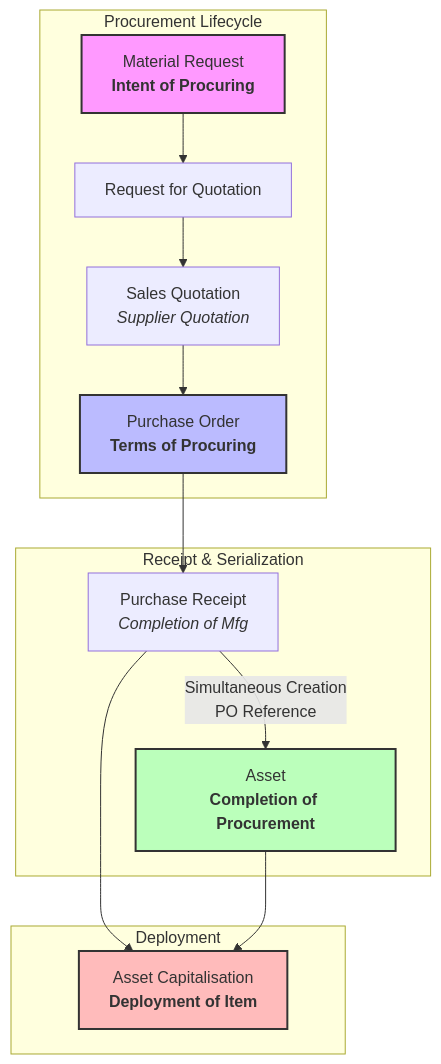
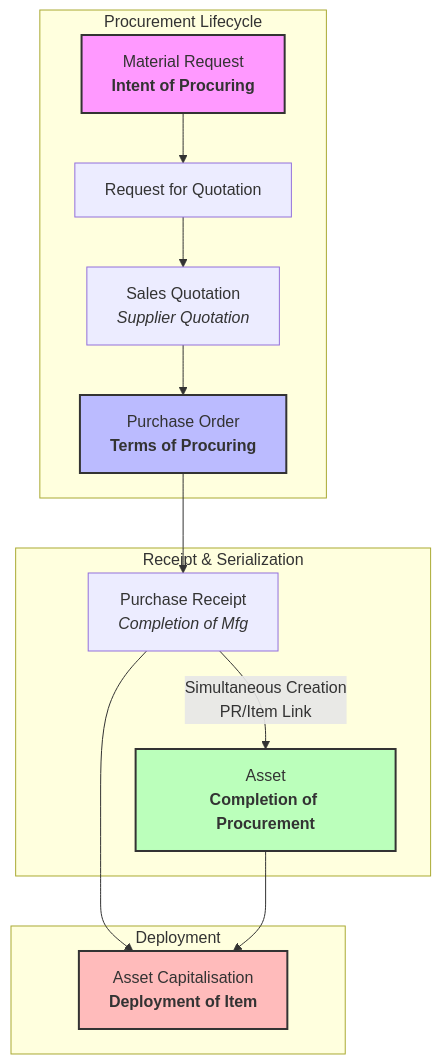
The diagram in README.md (vinodkumarkolli/swift_fix), drawn with Mermaid before and after one commit. The commit also changed other lines of this file and 5 other files, not shown here.

````diff
--- a/README.md
+++ b/README.md
@@ -13,22 +13,22 @@
 ```mermaid
 flowchart TD
     subgraph Procurement Lifecycle
         MR[Material Request<br><b>Intent of Procuring</b>] --> RFQ[Request for Quotation]
         RFQ --> SQ[Sales Quotation<br><i>Supplier Quotation</i>]
         SQ --> PO[Purchase Order<br><b>Terms of Procuring</b>]
     end
 
     subgraph Receipt & Serialization
         PO --> PR[Purchase Receipt<br><i>Completion of Mfg</i>]
-        PR -->|Simultaneous Creation<br>PO Reference| Asset[Asset<br><b>Completion of Procurement</b>]
+        PR -->|Simultaneous Creation<br>PR/Item Link| Asset[Asset<br><b>Completion of Procurement</b>]
     end
 
     subgraph Deployment
         PR & Asset --> AC[Asset Capitalisation<br><b>Deployment of Item</b>]
     end
 
     style MR fill:#f9f,stroke:#333,stroke-width:2px
     style PO fill:#bbf,stroke:#333,stroke-width:2px
     style Asset fill:#bfb,stroke:#333,stroke-width:2px
     style AC fill:#fbb,stroke:#333,stroke-width:2px
 ```
````
